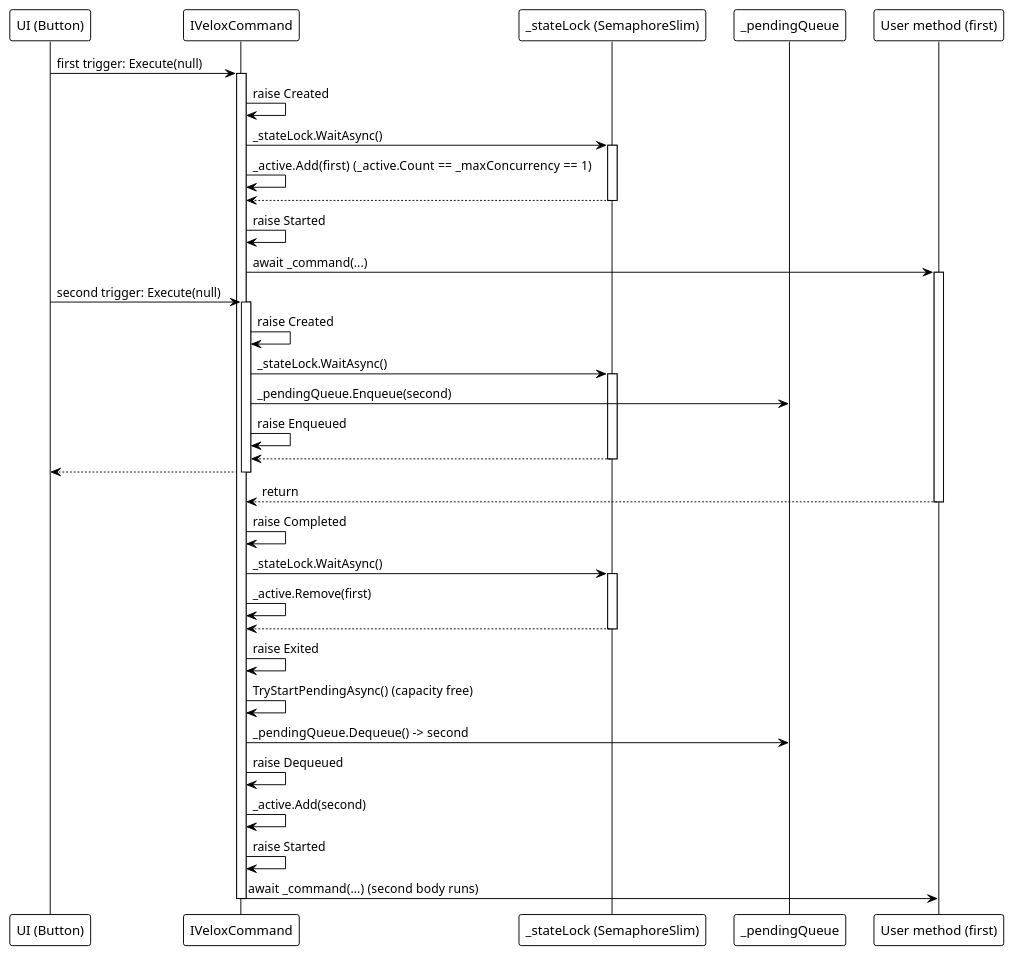
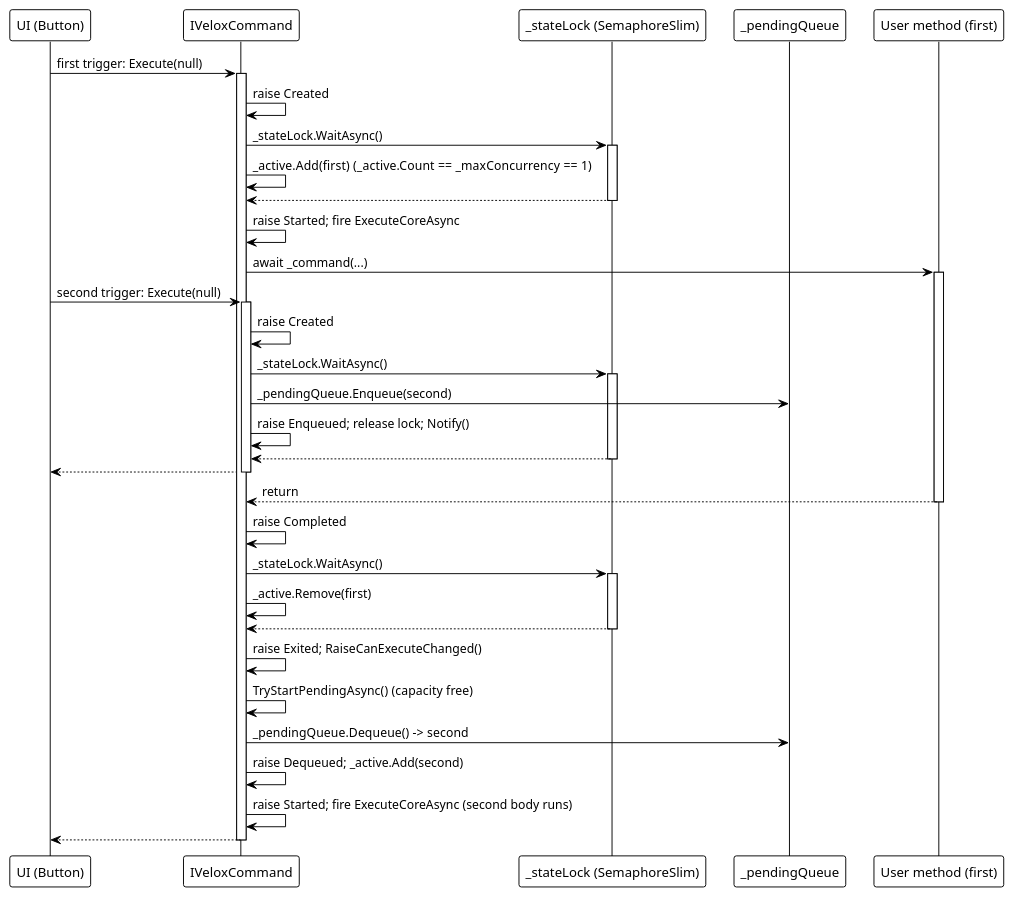
One commit to Axvser/VeloxDev.Docs changed the fourth of 6 diagrams in src/CloudGlyph/Assets/Docs/content/en/3_SE_Analysis/03_data-flow/02_mvvm/index.md. Above: the diagram before and after it, drawn with PlantUML. The commit also changed other lines of this file and 443 other files, not shown here.

````diff
--- a/src/CloudGlyph/Assets/Docs/content/en/3_SE_Analysis/03_data-flow/02_mvvm/index.md
+++ b/src/CloudGlyph/Assets/Docs/content/en/3_SE_Analysis/03_data-flow/02_mvvm/index.md
@@ -45,52 +111,51 @@
 ```plantuml
 @startuml
 !theme plain
 
 participant "UI (Button)" as UI
 participant "IVeloxCommand" as Cmd
 participant "_stateLock (SemaphoreSlim)" as Lock
 participant "_pendingQueue" as Queue
 participant "User method (first)" as First
 
 UI -> Cmd: first trigger: Execute(null)
 activate Cmd
 Cmd -> Cmd: raise Created
 Cmd -> Lock: _stateLock.WaitAsync()
 activate Lock
 Cmd -> Cmd: _active.Add(first)   (_active.Count == _maxConcurrency == 1)
 Lock --> Cmd
 deactivate Lock
-Cmd -> Cmd: raise Started
+Cmd -> Cmd: raise Started; fire ExecuteCoreAsync
 Cmd -> First: await _command(...)
 activate First
 
 UI -> Cmd: second trigger: Execute(null)
 activate Cmd
 Cmd -> Cmd: raise Created
 Cmd -> Lock: _stateLock.WaitAsync()
 activate Lock
 Cmd -> Queue: _pendingQueue.Enqueue(second)
-Cmd -> Cmd: raise Enqueued
+Cmd -> Cmd: raise Enqueued; release lock; Notify()
 Lock --> Cmd
 deactivate Lock
 Cmd --> UI
 deactivate Cmd
 
 First --> Cmd: return
 deactivate First
 Cmd -> Cmd: raise Completed
 Cmd -> Lock: _stateLock.WaitAsync()
 activate Lock
 Cmd -> Cmd: _active.Remove(first)
 Lock --> Cmd
 deactivate Lock
-Cmd -> Cmd: raise Exited
+Cmd -> Cmd: raise Exited; RaiseCanExecuteChanged()
 Cmd -> Cmd: TryStartPendingAsync()  (capacity free)
 Cmd -> Queue: _pendingQueue.Dequeue()  -> second
-Cmd -> Cmd: raise Dequeued
-Cmd -> Cmd: _active.Add(second)
-Cmd -> Cmd: raise Started
-Cmd -> First: await _command(...)  (second body runs)
+Cmd -> Cmd: raise Dequeued; _active.Add(second)
+Cmd -> Cmd: raise Started; fire ExecuteCoreAsync (second body runs)
+Cmd --> UI
 deactivate Cmd
 @enduml
 ```
````
